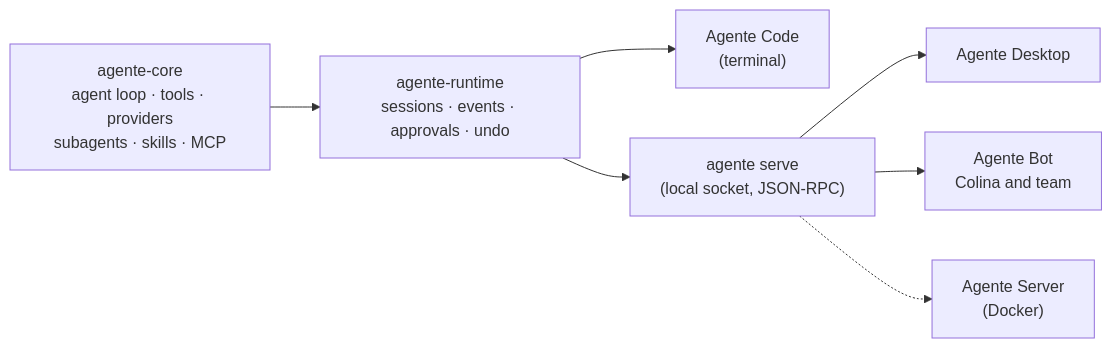
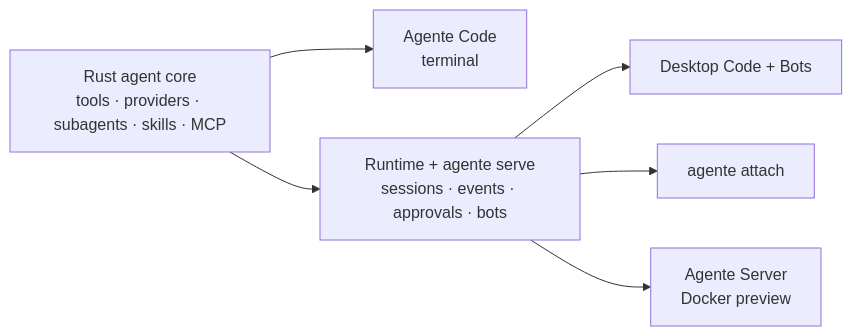
The diagram in README.md (fabricio3g/AgenteCode), drawn with Mermaid before and after one commit. The commit also changed other lines of this file and 10 other files, not shown here.

````diff
--- a/README.md
+++ b/README.md
@@ -25,9 +230,8 @@
 ```mermaid
 flowchart LR
-  core["agente-core<br/>agent loop · tools · providers<br/>subagents · skills · MCP"] --> runtime["agente-runtime<br/>sessions · events · approvals · undo"]
-  runtime --> tui["Agente Code<br/>(terminal)"]
-  runtime --> serve["agente serve<br/>(local socket, JSON-RPC)"]
-  serve --> desktop["Agente Desktop"]
-  serve --> bots["Agente Bot<br/>Colina and team"]
-  serve -.-> server["Agente Server<br/>(Docker)"]
+  core["Rust agent core<br/>tools · providers · subagents · skills · MCP"] --> tui["Agente Code<br/>terminal"]
+  core --> runtime["Runtime + agente serve<br/>sessions · events · approvals · bots"]
+  runtime --> desktop["Desktop Code + Bots"]
+  runtime --> attach["agente attach"]
+  runtime --> server["Agente Server<br/>Docker preview"]
 ```
````
